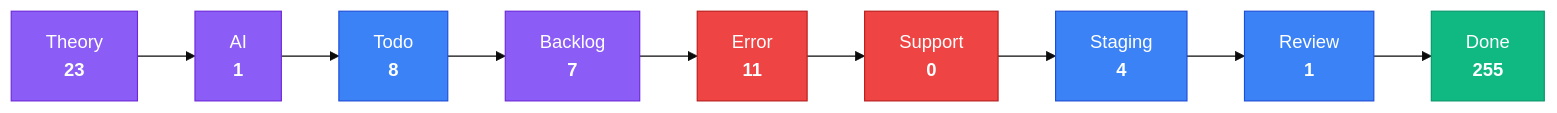
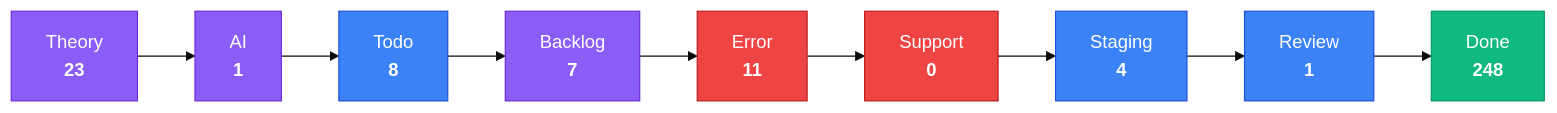
Before and after one commit to KBVE/kbve: the third of 4 diagrams in apps/kbve/astro-kbve/src/content/docs/dashboard/kanban-data.mdx, drawn with Mermaid (base theme). The commit also changed other lines of this file and 8 other files, not shown here.

````diff
--- a/apps/kbve/astro-kbve/src/content/docs/dashboard/kanban-data.mdx
+++ b/apps/kbve/astro-kbve/src/content/docs/dashboard/kanban-data.mdx
@@ -80,28 +80,28 @@
 ```mermaid
 flowchart LR
     classDef planning fill:#8b5cf6,stroke:#6d28d9,color:#fff
     classDef active fill:#3b82f6,stroke:#1d4ed8,color:#fff
     classDef blocked fill:#ef4444,stroke:#b91c1c,color:#fff
     classDef done fill:#10b981,stroke:#059669,color:#fff
     Theory["Theory<br/><strong>23</strong>"]
     Theory --> AI
     AI["AI<br/><strong>1</strong>"]
     AI --> Todo
     Todo["Todo<br/><strong>8</strong>"]
     Todo --> Backlog
     Backlog["Backlog<br/><strong>7</strong>"]
     Backlog --> Error
     Error["Error<br/><strong>11</strong>"]
     Error --> Support
     Support["Support<br/><strong>0</strong>"]
     Support --> Staging
     Staging["Staging<br/><strong>4</strong>"]
     Staging --> Review
     Review["Review<br/><strong>1</strong>"]
     Review --> Done
-    Done["Done<br/><strong>255</strong>"]
+    Done["Done<br/><strong>248</strong>"]
     class Theory,AI,Backlog planning
     class Todo,Staging,Review active
     class Error,Support blocked
     class Done done
 ```
````
